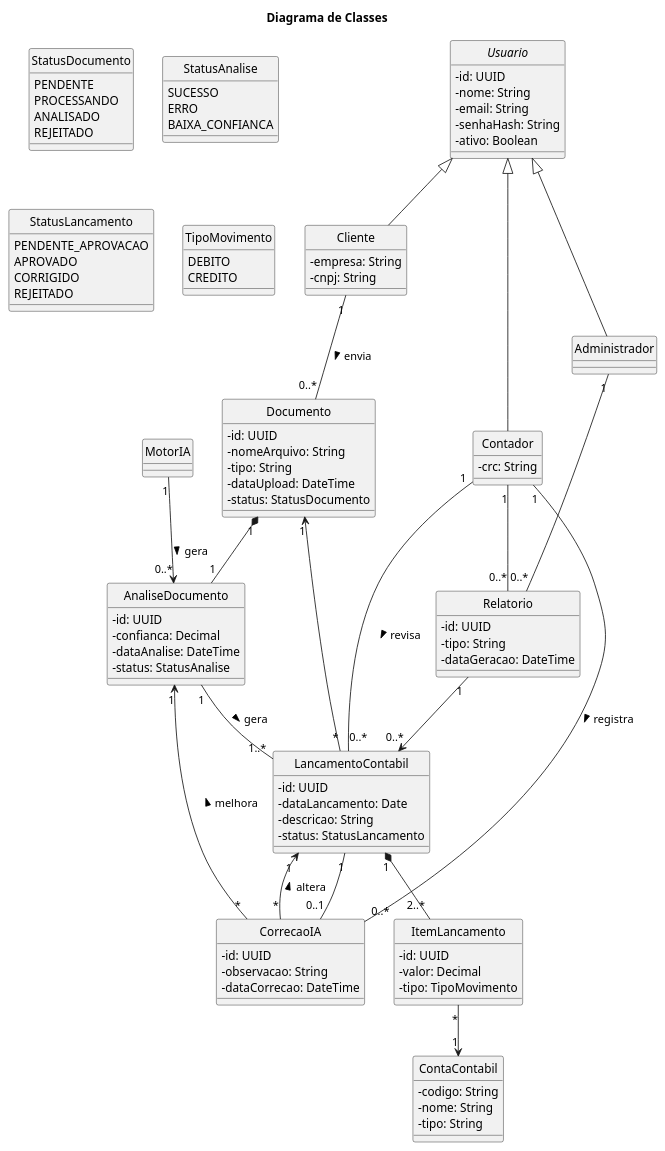
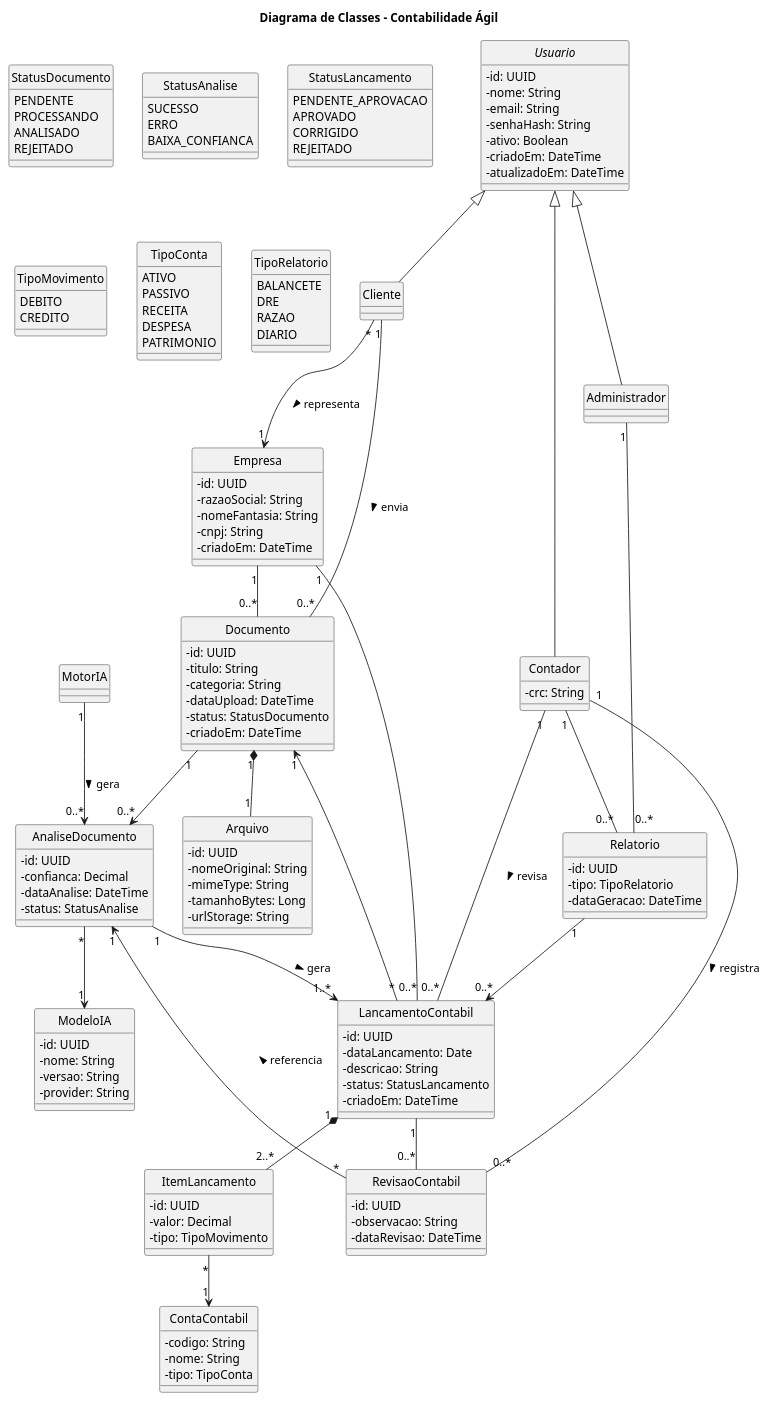
One commit to Engenharia-de-Software-Fatec/eng-softII-2026 changed the diagram in docs/diagramas/diagrama-classe.puml. Above: the diagram before and after it, drawn with PlantUML.

```diff
--- a/docs/diagramas/diagrama-classe.puml
+++ b/docs/diagramas/diagrama-classe.puml
@@ -1,159 +1,193 @@
 @startuml
-title Diagrama de Classes
+title Diagrama de Classes - Contabilidade Ágil
 
 skinparam classAttributeIconSize 0
 skinparam style strictuml
 
 ' ========================
 ' USUÁRIOS
 ' ========================
 abstract class Usuario {
   - id: UUID
   - nome: String
   - email: String
   - senhaHash: String
   - ativo: Boolean
-  
-  
+  - criadoEm: DateTime
+  - atualizadoEm: DateTime
 }
 
 class Cliente {
-  - empresa: String
-  - cnpj: String
-  
 }
 
 class Contador {
   - crc: String
- 
 }
 
 class Administrador {
-  
 }
 
 Usuario <|-- Cliente
 Usuario <|-- Contador
 Usuario <|-- Administrador
 
 ' ========================
+' EMPRESA
+' ========================
+class Empresa {
+  - id: UUID
+  - razaoSocial: String
+  - nomeFantasia: String
+  - cnpj: String
+  - criadoEm: DateTime
+}
+
+Cliente "*" --> "1" Empresa : representa >
+
+' ========================
 ' DOCUMENTOS
 ' ========================
 class Documento {
   - id: UUID
-  - nomeArquivo: String
-  - tipo: String
+  - titulo: String
+  - categoria: String
   - dataUpload: DateTime
   - status: StatusDocumento
-
+  - criadoEm: DateTime
 }
 
 enum StatusDocumento {
   PENDENTE
   PROCESSANDO
   ANALISADO
   REJEITADO
 }
 
+class Arquivo {
+  - id: UUID
+  - nomeOriginal: String
+  - mimeType: String
+  - tamanhoBytes: Long
+  - urlStorage: String
+}
+
+Empresa "1" -- "0..*" Documento
 Cliente "1" -- "0..*" Documento : envia >
+Documento "1" *-- "1" Arquivo
 
 ' ========================
 ' IA / PROCESSAMENTO
 ' ========================
 class MotorIA {
+}
 
+class ModeloIA {
+  - id: UUID
+  - nome: String
+  - versao: String
+  - provider: String
 }
 
 class AnaliseDocumento {
   - id: UUID
   - confianca: Decimal
   - dataAnalise: DateTime
   - status: StatusAnalise
-  
 }
 
 enum StatusAnalise {
   SUCESSO
   ERRO
   BAIXA_CONFIANCA
 }
 
-Documento "1" *-- "1" AnaliseDocumento
+Documento "1" --> "0..*" AnaliseDocumento
 MotorIA "1" --> "0..*" AnaliseDocumento : gera >
+AnaliseDocumento "*" --> "1" ModeloIA
 
 ' ========================
 ' LANÇAMENTOS CONTÁBEIS
 ' ========================
 class LancamentoContabil {
   - id: UUID
   - dataLancamento: Date
   - descricao: String
   - status: StatusLancamento
-
+  - criadoEm: DateTime
 }
 
 enum StatusLancamento {
   PENDENTE_APROVACAO
   APROVADO
   CORRIGIDO
   REJEITADO
 }
 
 class ItemLancamento {
   - id: UUID
   - valor: Decimal
   - tipo: TipoMovimento
 }
 
 enum TipoMovimento {
   DEBITO
   CREDITO
 }
 
 class ContaContabil {
   - codigo: String
   - nome: String
-  - tipo: String
+  - tipo: TipoConta
 }
 
-' Relações contábeis corretas
-AnaliseDocumento "1" -- "1..*" LancamentoContabil : gera >
+enum TipoConta {
+  ATIVO
+  PASSIVO
+  RECEITA
+  DESPESA
+  PATRIMONIO
+}
+
+AnaliseDocumento "1" --> "1..*" LancamentoContabil : gera >
 LancamentoContabil "1" *-- "2..*" ItemLancamento
 ItemLancamento "*" --> "1" ContaContabil
 
-' Rastreabilidade (IMPORTANTE)
+Empresa "1" -- "0..*" LancamentoContabil
 LancamentoContabil "*" --> "1" Documento
 
-' Revisão do contador
 Contador "1" -- "0..*" LancamentoContabil : revisa >
 
 ' ========================
 ' FEEDBACK / APRENDIZADO
 ' ========================
-class CorrecaoIA {
+class RevisaoContabil {
   - id: UUID
   - observacao: String
-  - dataCorrecao: DateTime
+  - dataRevisao: DateTime
 }
 
-LancamentoContabil "1" -- "0..1" CorrecaoIA
-CorrecaoIA "*" --> "1" LancamentoContabil : altera >
-CorrecaoIA "*" --> "1" AnaliseDocumento : melhora >
-
-Contador "1" -- "0..*" CorrecaoIA : registra >
+LancamentoContabil "1" -- "0..*" RevisaoContabil
+RevisaoContabil "*" --> "1" AnaliseDocumento : referencia >
+Contador "1" -- "0..*" RevisaoContabil : registra >
 
 ' ========================
 ' RELATÓRIOS
 ' ========================
 class Relatorio {
   - id: UUID
-  - tipo: String
+  - tipo: TipoRelatorio
   - dataGeracao: DateTime
-  
+}
+
+enum TipoRelatorio {
+  BALANCETE
+  DRE
+  RAZAO
+  DIARIO
 }
 
 Relatorio "1" --> "0..*" LancamentoContabil
 Contador "1" -- "0..*" Relatorio
 Administrador "1" -- "0..*" Relatorio
 
 @enduml
```
